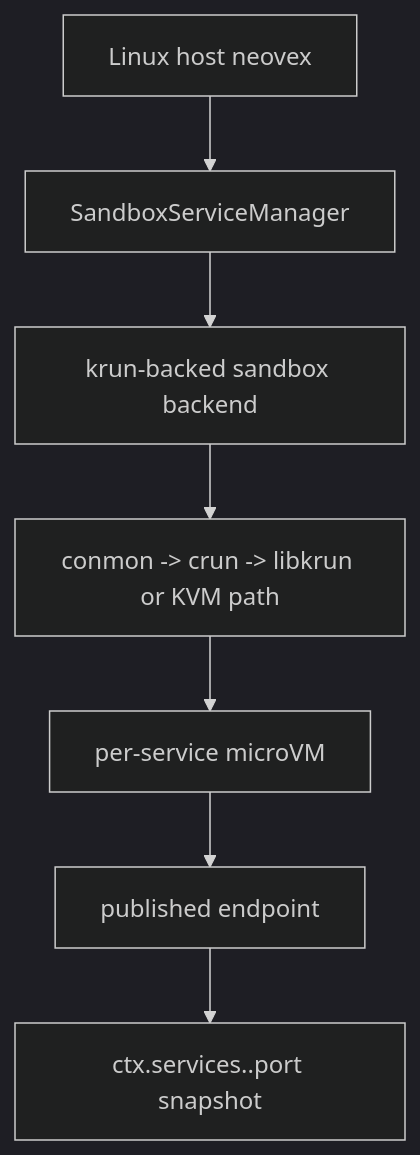
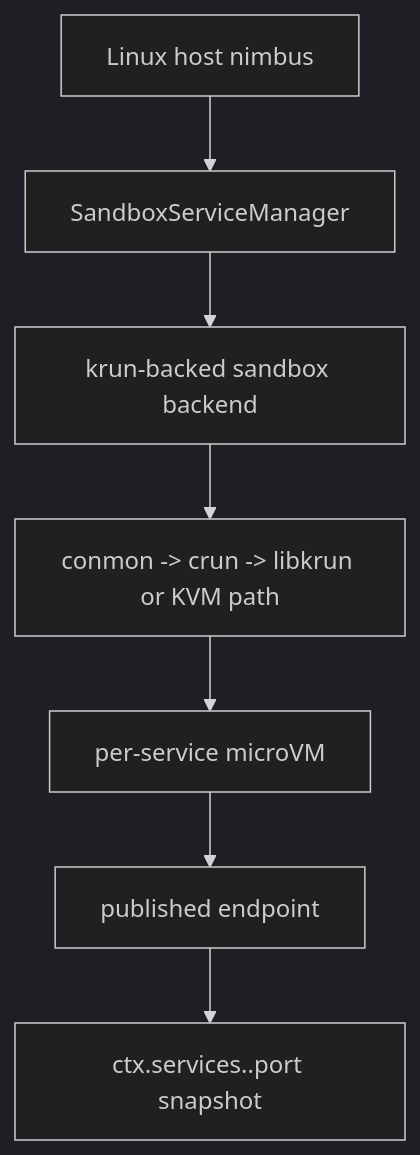
One commit to nimbus/nimbus changed the sixth of 6 diagrams in docs/architecture/sandbox/macos-machine-flow.md. Above: the diagram before and after it, drawn with Mermaid (dark theme). The commit also changed other lines of this file and 6725 other files, not shown here.

First line of the commit message:
rename: complete neovex→nimbus rebrand across entire codebase

````diff
--- a/docs/architecture/sandbox/macos-machine-flow.md
+++ b/docs/architecture/sandbox/macos-machine-flow.md
@@ -340,9 +340,9 @@
 ```mermaid
 flowchart TD
-    A["Linux host neovex"] --> B["SandboxServiceManager"]
+    A["Linux host nimbus"] --> B["SandboxServiceManager"]
     B --> C["krun-backed sandbox backend"]
     C --> D["conmon -> crun -> libkrun or KVM path"]
     D --> E["per-service microVM"]
     E --> F["published endpoint"]
     F --> G["ctx.services.<name>.port snapshot"]
 ```
````
